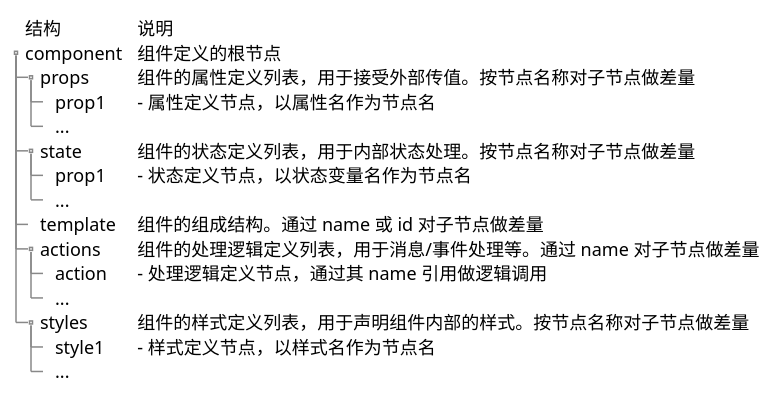
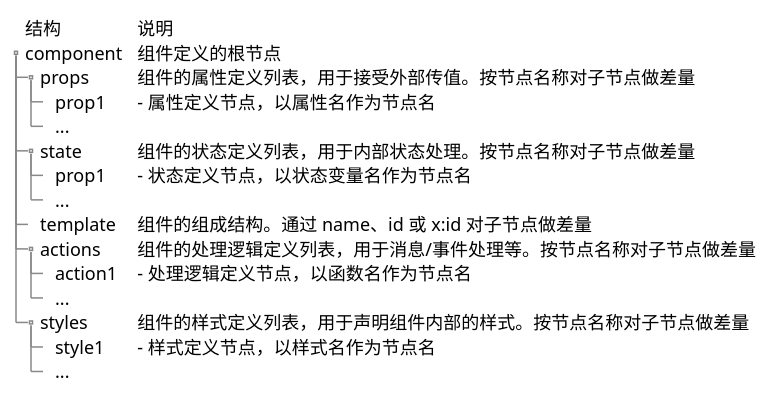
The second of 2 diagrams in docs/100.development/200.framework/500.server/400.ui/100.design.md (crazydan-studio/duzhou.crazydan.io), drawn with PlantUML before and after one commit. The commit also changed other lines of this file and 1 other file, not shown here.

````diff
--- a/docs/100.development/200.framework/500.server/400.ui/100.design.md
+++ b/docs/100.development/200.framework/500.server/400.ui/100.design.md
@@ -60,23 +60,23 @@
 ```plantuml
 @startsalt
 {
 {T
 +结构           | 说明
 + component    | 组件定义的根节点
 ++ props       | 组件的属性定义列表，用于接受外部传值。按节点名称对子节点做差量
 +++ prop1      | - 属性定义节点，以属性名作为节点名
 +++ ...
 ++ state       | 组件的状态定义列表，用于内部状态处理。按节点名称对子节点做差量
 +++ prop1      | - 状态定义节点，以状态变量名作为节点名
 +++ ...
-++ template    | 组件的组成结构。通过 name 或 id 对子节点做差量
-++ actions     | 组件的处理逻辑定义列表，用于消息/事件处理等。通过 name 对子节点做差量
-+++ action     | - 处理逻辑定义节点，通过其 name 引用做逻辑调用
+++ template    | 组件的组成结构。通过 name、id 或 x:id 对子节点做差量
+++ actions     | 组件的处理逻辑定义列表，用于消息/事件处理等。按节点名称对子节点做差量
++++ action1    | - 处理逻辑定义节点，以函数名作为节点名
 +++ ...
 ++ styles      | 组件的样式定义列表，用于声明组件内部的样式。按节点名称对子节点做差量
 +++ style1     | - 样式定义节点，以样式名作为节点名
 +++ ...
 }
 }
 @endsalt
 ```
````
